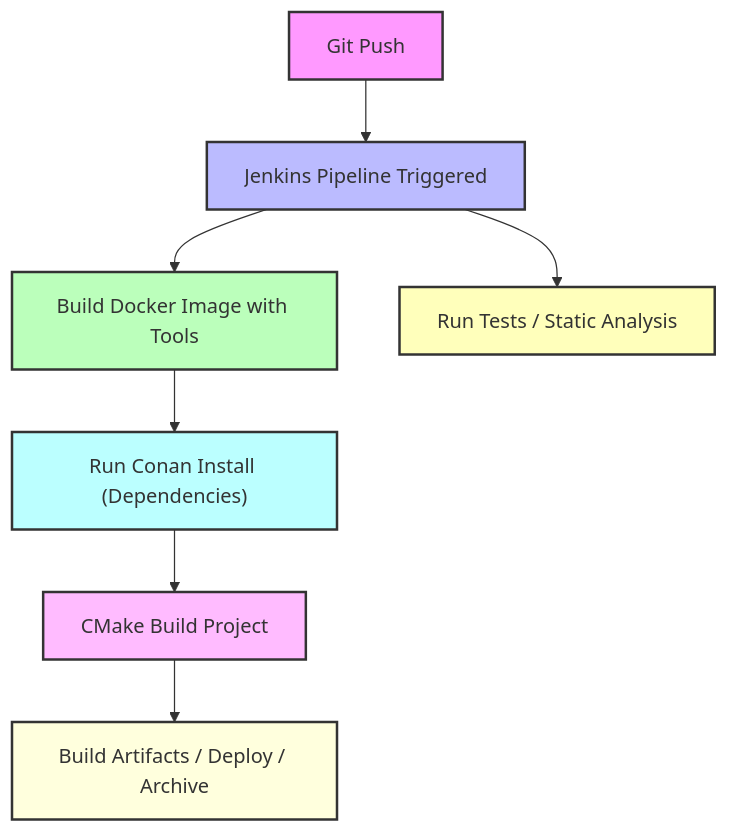
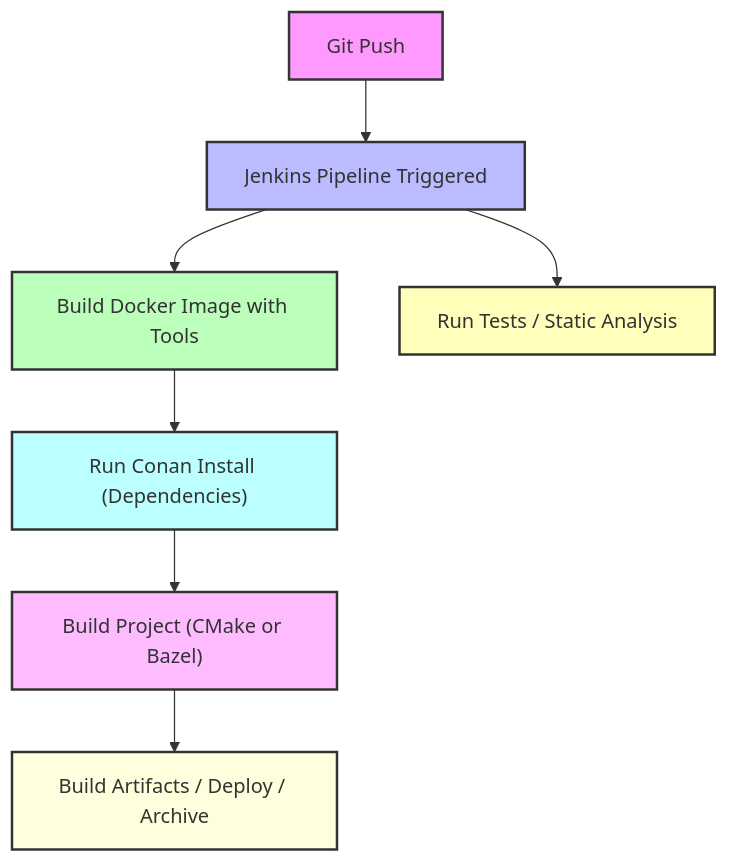
The diagram in README.md (YoussefMostafaMohammed/docker-conan-jenkins-bazel-notes), drawn with Mermaid before and after one commit. The commit also changed other lines of this file, not shown here.

Commit message:
add bazel section

````diff
--- a/README.md
+++ b/README.md
@@ -288,18 +303,17 @@
 ```mermaid
 flowchart TD
     A["Git Push"] --> B["Jenkins Pipeline Triggered"]
     B --> C["Build Docker Image with Tools"]
     B --> D["Run Tests / Static Analysis"]
     C --> E["Run Conan Install (Dependencies)"]
-    E --> F["CMake Build Project"]
+    E --> F["Build Project (CMake or Bazel)"]
     F --> G["Build Artifacts / Deploy / Archive"]
 
     style A fill:#f9f,stroke:#333,stroke-width:2px
     style B fill:#bbf,stroke:#333,stroke-width:2px
     style C fill:#bfb,stroke:#333,stroke-width:2px
     style D fill:#ffb,stroke:#333,stroke-width:2px
     style E fill:#bff,stroke:#333,stroke-width:2px
     style F fill:#fbf,stroke:#333,stroke-width:2px
     style G fill:#ffd,stroke:#333,stroke-width:2px
-
 ```
````
